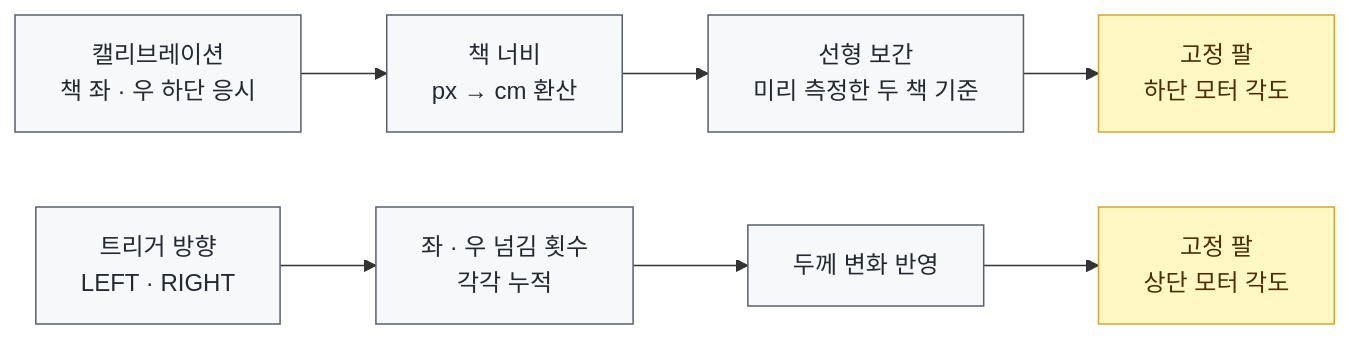
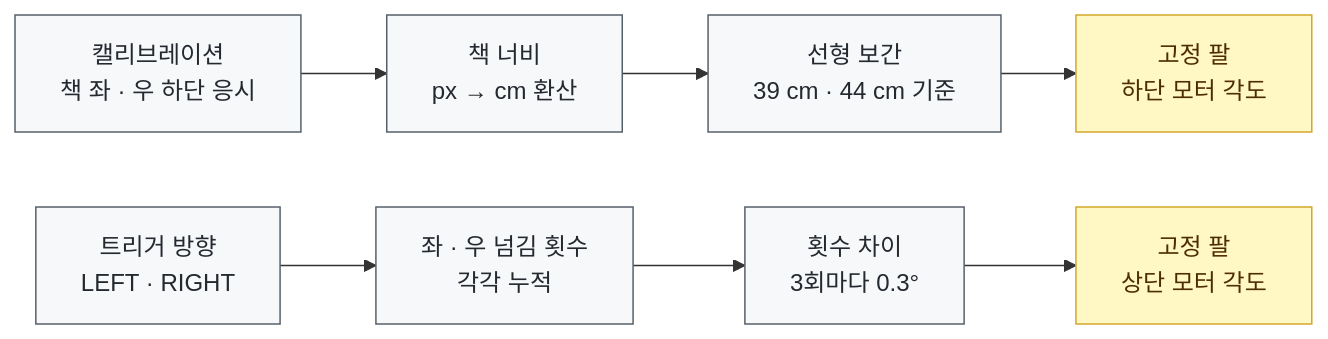
The third of 3 diagrams in page-actuator/README.md (YOOBIN-AN/gaze-page-turner), drawn with Mermaid before and after one commit. The commit also changed other lines of this file and 32 other files, not shown here.

````diff
--- a/page-actuator/README.md
+++ b/page-actuator/README.md
@@ -142,10 +151,10 @@
 ```mermaid
 flowchart LR
-    A["캘리브레이션<br/>책 좌 · 우 하단 응시"] --> B["책 너비<br/>px → cm 환산"] --> C["선형 보간<br/>미리 측정한 두 책 기준"] --> D["고정 팔<br/>하단 모터 각도"]
-    E["트리거 방향<br/>LEFT · RIGHT"] --> F["좌 · 우 넘김 횟수<br/>각각 누적"] --> G["두께 변화 반영"] --> H["고정 팔<br/>상단 모터 각도"]
+    A["캘리브레이션<br/>책 좌 · 우 하단 응시"] --> B["책 너비<br/>px → cm 환산"] --> C["선형 보간<br/>39 cm · 44 cm 기준"] --> D["고정 팔<br/>하단 모터 각도"]
+    E["트리거 방향<br/>LEFT · RIGHT"] --> F["좌 · 우 넘김 횟수<br/>각각 누적"] --> G["횟수 차이<br/>3회마다 0.3°"] --> H["고정 팔<br/>상단 모터 각도"]
 
     classDef ask fill:#f6f8fa,stroke:#57606a,color:#24292f
     classDef out fill:#fff8c5,stroke:#d4a72c,color:#4d2d00
     class A,B,C,E,F,G ask
     class D,H out
 ```
````
